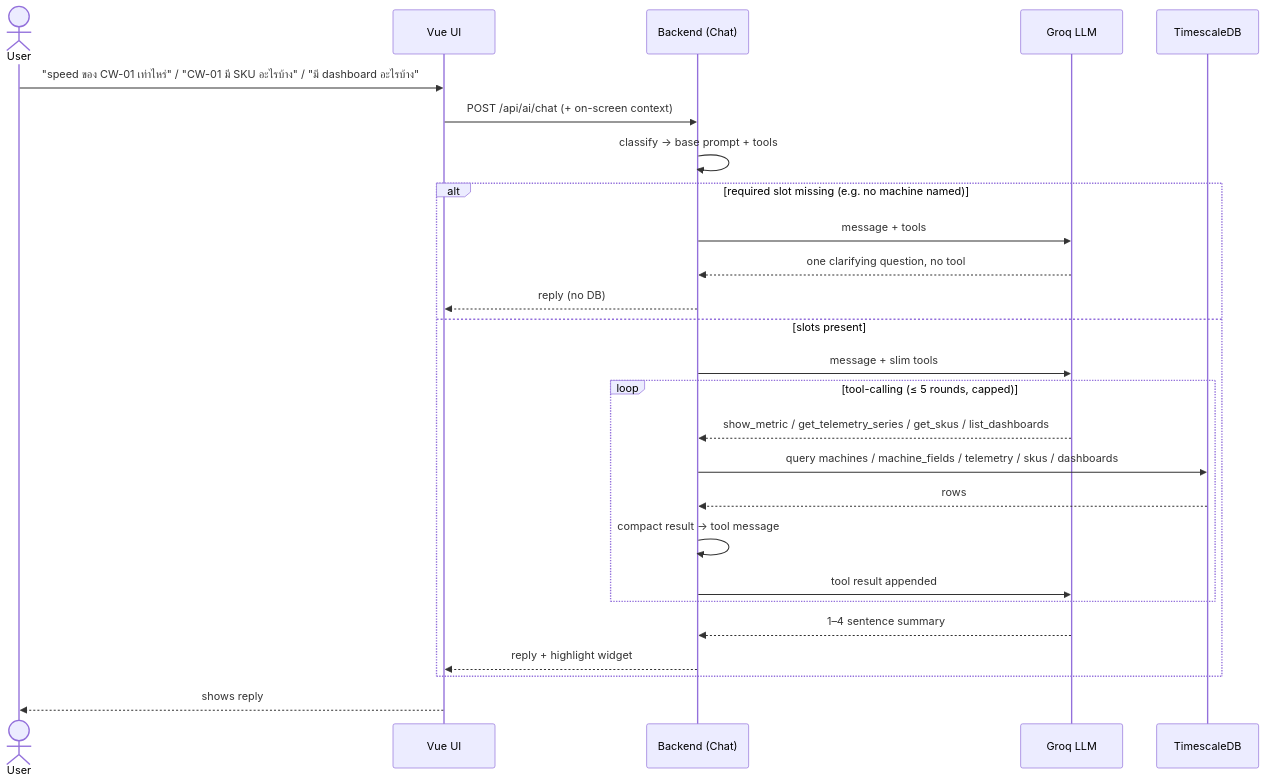
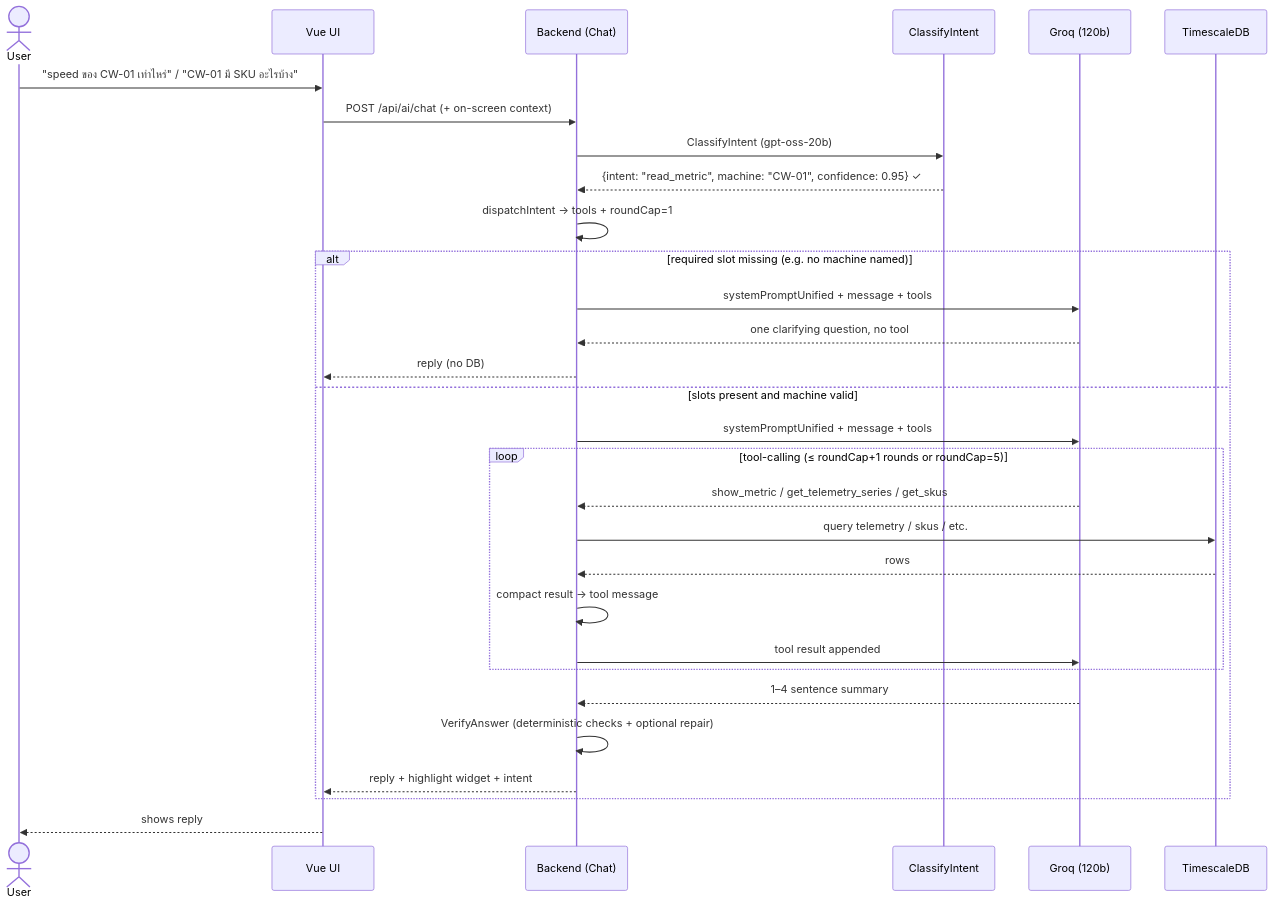
One commit to pepegummo/Project-Dashboard changed the fourth of 6 diagrams in docs/AI_ARCHITECTURE.md. Above: the diagram before and after it, drawn with Mermaid. The commit also changed other lines of this file and 1 other file, not shown here.

First line of the commit message:
docs(ai): update for shipped router architecture (Phase 2-5)

````diff
--- a/docs/AI_ARCHITECTURE.md
+++ b/docs/AI_ARCHITECTURE.md
@@ -295,29 +292,33 @@
 ```mermaid
 sequenceDiagram
     actor User
     participant UI as Vue UI
     participant BE as Backend (Chat)
-    participant LLM as Groq LLM
+    participant Router as ClassifyIntent
+    participant LLM as Groq (120b)
     participant DB as TimescaleDB
 
-    User->>UI: "speed ของ CW-01 เท่าไหร่" / "CW-01 มี SKU อะไรบ้าง" / "มี dashboard อะไรบ้าง"
+    User->>UI: "speed ของ CW-01 เท่าไหร่" / "CW-01 มี SKU อะไรบ้าง"
     UI->>BE: POST /api/ai/chat (+ on-screen context)
-    BE->>BE: classify → base prompt + tools
+    BE->>Router: ClassifyIntent (gpt-oss-20b)
+    Router-->>BE: {intent: "read_metric", machine: "CW-01", confidence: 0.95} ✓
+    BE->>BE: dispatchIntent → tools + roundCap=1
     alt required slot missing (e.g. no machine named)
-        BE->>LLM: message + tools
+        BE->>LLM: systemPromptUnified + message + tools
         LLM-->>BE: one clarifying question, no tool
         BE-->>UI: reply (no DB)
-    else slots present
-        BE->>LLM: message + slim tools
-        loop tool-calling (≤ 5 rounds, capped)
-            LLM-->>BE: show_metric / get_telemetry_series / get_skus / list_dashboards
-            BE->>DB: query machines / machine_fields / telemetry / skus / dashboards
+    else slots present and machine valid
+        BE->>LLM: systemPromptUnified + message + tools
+        loop tool-calling (≤ roundCap+1 rounds or roundCap=5)
+            LLM-->>BE: show_metric / get_telemetry_series / get_skus
+            BE->>DB: query telemetry / skus / etc.
             DB-->>BE: rows
             BE->>BE: compact result → tool message
             BE->>LLM: tool result appended
         end
         LLM-->>BE: 1–4 sentence summary
-        BE-->>UI: reply + highlight widget
+        BE->>BE: VerifyAnswer (deterministic checks + optional repair)
+        BE-->>UI: reply + highlight widget + intent
     end
     UI-->>User: shows reply
 ```
````
